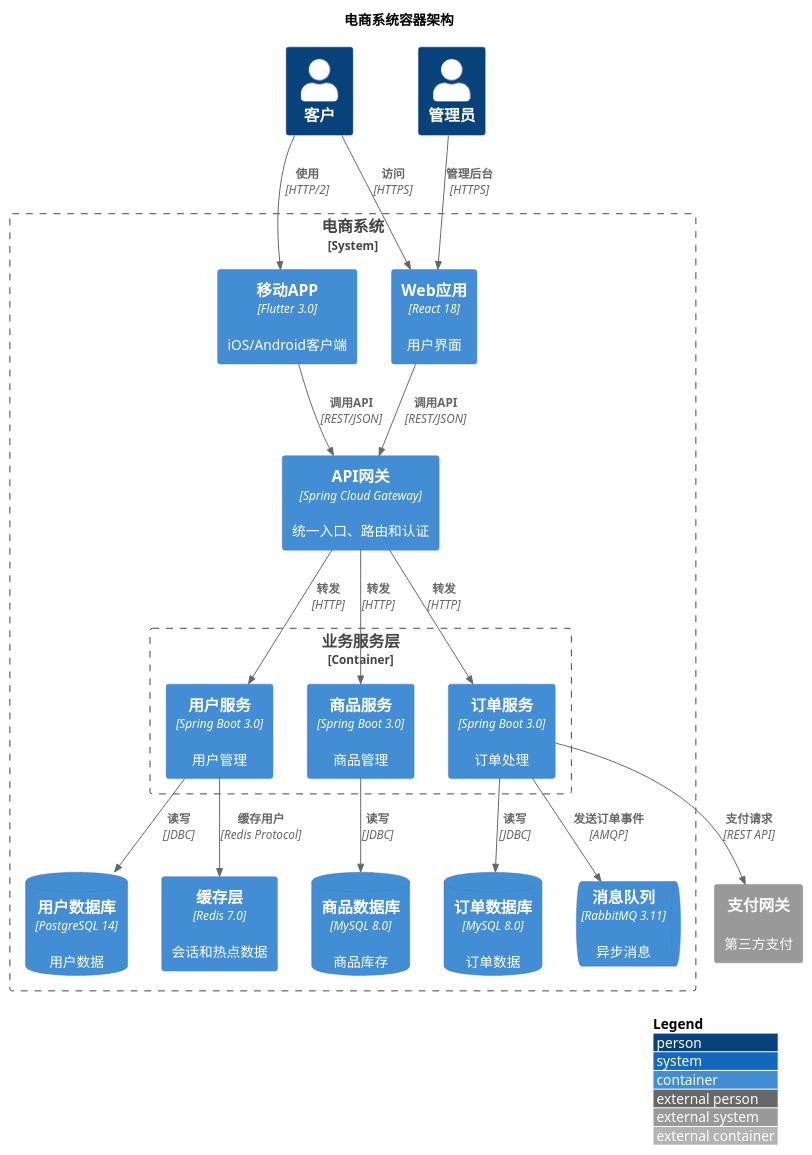
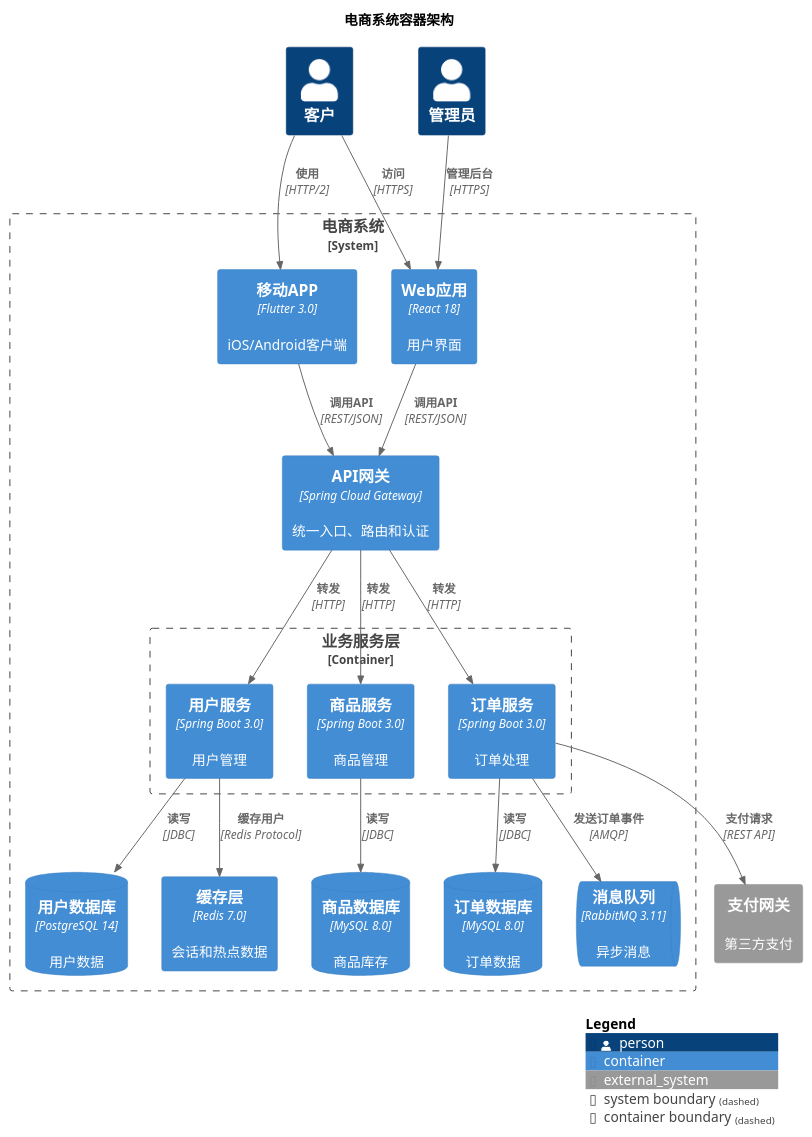
Before and after one commit to chyax98/Diagflow: the first of 3 diagrams in src/lib/syntax-md/c4plantuml/container.md, drawn with PlantUML. The commit also changed other lines of this file and 115 other files, not shown here.

````diff
--- a/src/lib/syntax-md/c4plantuml/container.md
+++ b/src/lib/syntax-md/c4plantuml/container.md
@@ -69,51 +71,52 @@
 ```plantuml
 @startuml
 !include <C4/C4_Container>
 
 title 电商系统容器架构
 
 Person(customer, "客户")
 Person(admin, "管理员")
 
 System_Boundary(ecommerce, "电商系统") {
   Container(webapp, "Web应用", "React 18", "用户界面")
   Container(mobile, "移动APP", "Flutter 3.0", "iOS/Android客户端")
   Container(api, "API网关", "Spring Cloud Gateway", "统一入口、路由和认证")
 
   Container_Boundary(services, "业务服务层") {
     Container(user_svc, "用户服务", "Spring Boot 3.0", "用户管理")
     Container(product_svc, "商品服务", "Spring Boot 3.0", "商品管理")
     Container(order_svc, "订单服务", "Spring Boot 3.0", "订单处理")
   }
 
   ContainerDb(user_db, "用户数据库", "PostgreSQL 14", "用户数据")
   ContainerDb(product_db, "商品数据库", "MySQL 8.0", "商品库存")
   ContainerDb(order_db, "订单数据库", "MySQL 8.0", "订单数据")
   ContainerQueue(mq, "消息队列", "RabbitMQ 3.11", "异步消息")
   Container(cache, "缓存层", "Redis 7.0", "会话和热点数据")
 }
 
 System_Ext(payment, "支付网关", "第三方支付")
 
 Rel(customer, webapp, "访问", "HTTPS")
 Rel(customer, mobile, "使用", "HTTP/2")
 Rel(webapp, api, "调用API", "REST/JSON")
 Rel(mobile, api, "调用API", "REST/JSON")
 
 Rel(api, user_svc, "转发", "HTTP")
 Rel(api, product_svc, "转发", "HTTP")
 Rel(api, order_svc, "转发", "HTTP")
 
 Rel(user_svc, user_db, "读写", "JDBC")
 Rel(product_svc, product_db, "读写", "JDBC")
 Rel(order_svc, order_db, "读写", "JDBC")
 
 Rel(order_svc, mq, "发送订单事件", "AMQP")
 Rel(user_svc, cache, "缓存用户", "Redis Protocol")
 Rel(order_svc, payment, "支付请求", "REST API")
 
 Rel(admin, webapp, "管理后台", "HTTPS")
 
-LAYOUT_WITH_LEGEND()
+LAYOUT_TOP_DOWN()
+SHOW_LEGEND()
 @enduml
 ```
````
